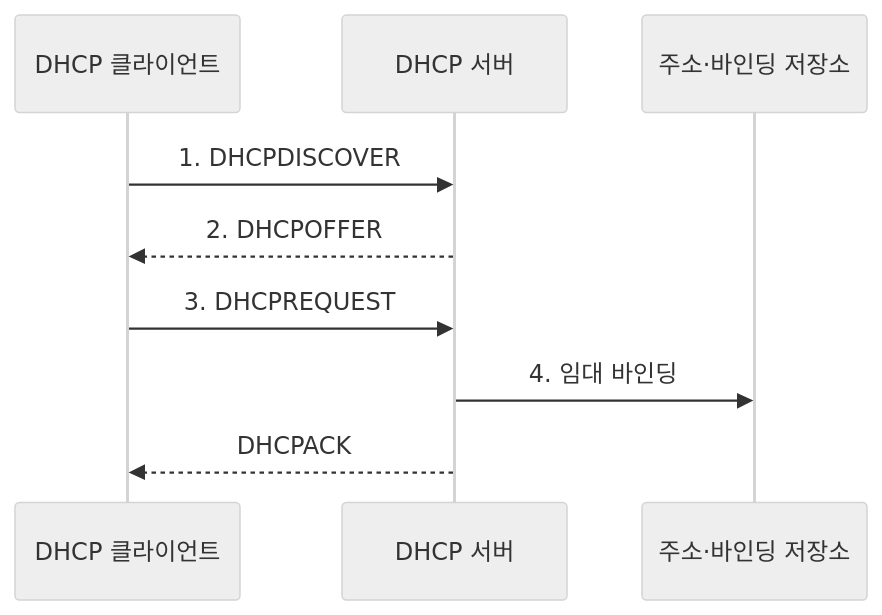
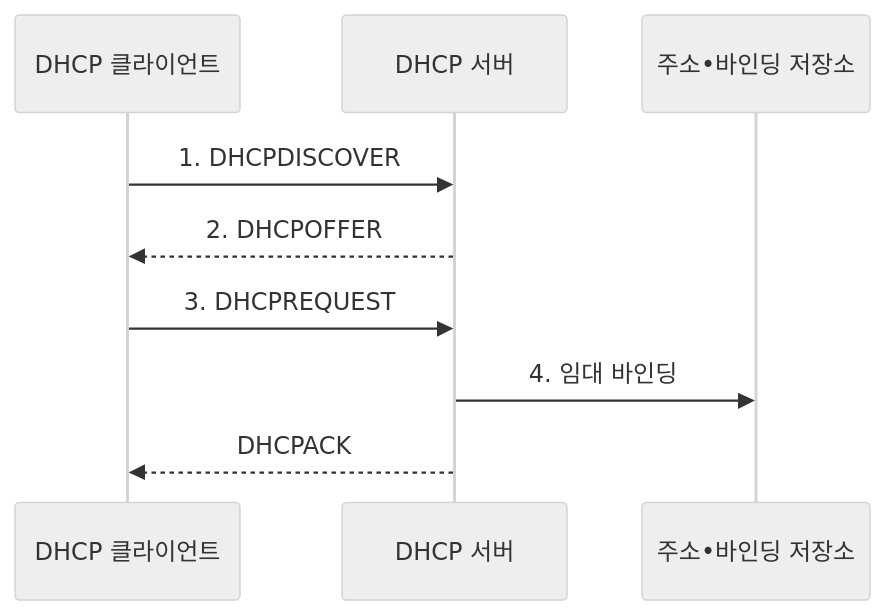
Before and after one commit to agnusdei1207/knowledge-base: the second of 2 diagrams in src/content/docs/notes/04-network/007_dhcp.md, drawn with Mermaid (neutral theme). The commit also changed other lines of this file and 953 other files, not shown here.

````diff
--- a/src/content/docs/notes/04-network/007_dhcp.md
+++ b/src/content/docs/notes/04-network/007_dhcp.md
@@ -102,11 +102,11 @@
 ```mermaid
 sequenceDiagram
     participant C as DHCP 클라이언트
     participant S as DHCP 서버
-    participant L as 주소·바인딩 저장소
+    participant L as 주소•바인딩 저장소
     C->>S: 1. DHCPDISCOVER
     S-->>C: 2. DHCPOFFER
     C->>S: 3. DHCPREQUEST
     S->>L: 4. 임대 바인딩
     S-->>C: DHCPACK
 ```
````
